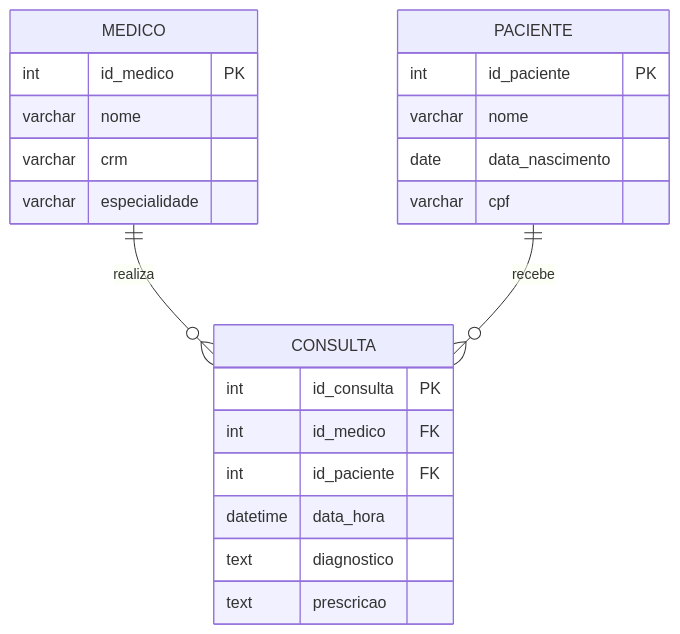
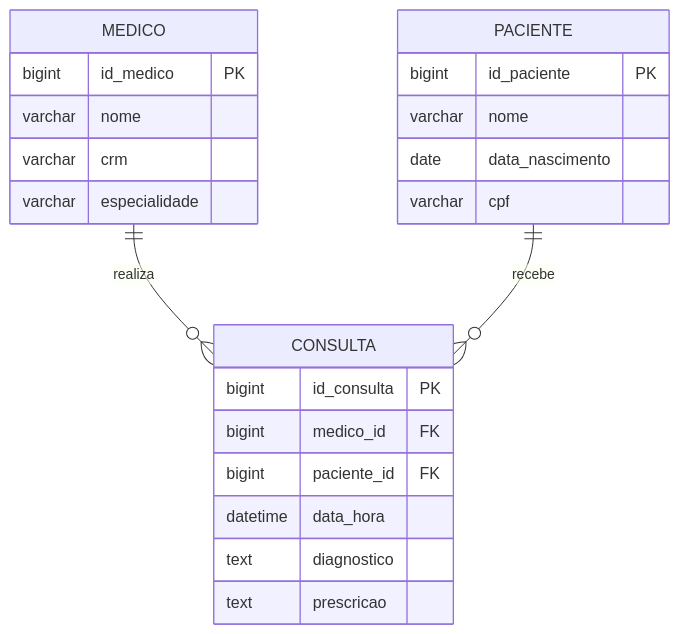
The ninth of 12 diagrams in aulas/Cardinalidade_MER_Completo.md (DSM-Fatec-Jahu/Banco-de-Dados-Relacional-IBD015), drawn with Mermaid before and after one commit. The commit also changed other lines of this file and 13 other files, not shown here.

````diff
--- a/aulas/Cardinalidade_MER_Completo.md
+++ b/aulas/Cardinalidade_MER_Completo.md
@@ -419,28 +419,28 @@
 ```mermaid
 erDiagram
     MEDICO {
-        int id_medico PK
+        bigint id_medico PK
         varchar nome
         varchar crm
         varchar especialidade
     }
 
     PACIENTE {
-        int id_paciente PK
+        bigint id_paciente PK
         varchar nome
         date data_nascimento
         varchar cpf
     }
 
     CONSULTA {
-        int id_consulta PK
-        int id_medico FK
-        int id_paciente FK
+        bigint id_consulta PK
+        bigint medico_id FK
+        bigint paciente_id FK
         datetime data_hora
         text diagnostico
         text prescricao
     }
 
     MEDICO ||--o{ CONSULTA : "realiza"
     PACIENTE ||--o{ CONSULTA : "recebe"
 ```
````
